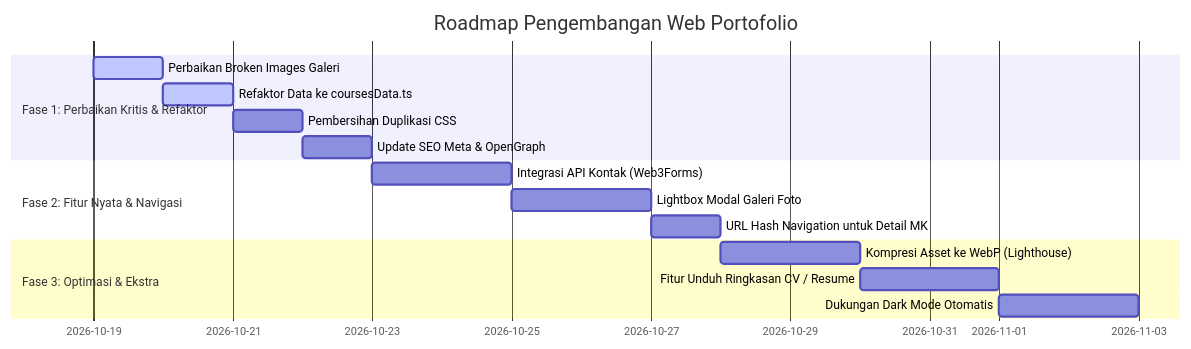
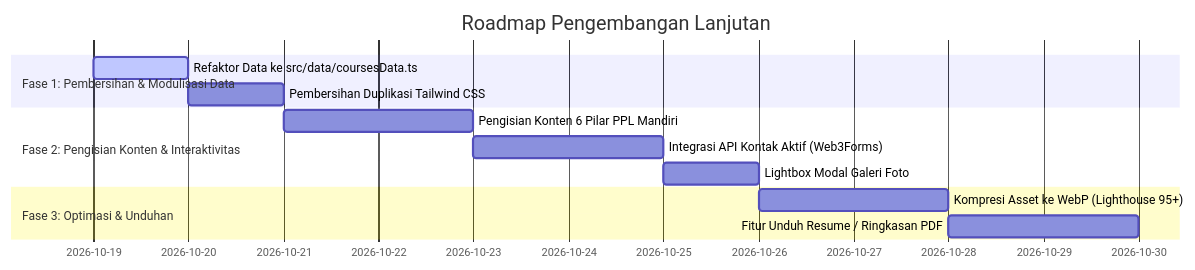
One commit to arbaurnika/portfolioppg changed the third of 3 diagrams in PRD.md. Above: the diagram before and after it, drawn with Mermaid. The commit also changed other lines of this file and 3 other files, not shown here.

````diff
--- a/PRD.md
+++ b/PRD.md
@@ -242,18 +199,15 @@
 ```mermaid
 gantt
-    title Roadmap Pengembangan Web Portofolio
+    title Roadmap Pengembangan Lanjutan
     dateFormat  YYYY-MM-DD
-    section Fase 1: Perbaikan Kritis & Refaktor
-    Perbaikan Broken Images Galeri      :active, p1_1, 2026-10-19, 1d
-    Refaktor Data ke coursesData.ts     :active, p1_2, after p1_1, 1d
-    Pembersihan Duplikasi CSS           :p1_3, after p1_2, 1d
-    Update SEO Meta & OpenGraph         :p1_4, after p1_3, 1d
-    section Fase 2: Fitur Nyata & Navigasi
-    Integrasi API Kontak (Web3Forms)    :p2_1, after p1_4, 2d
-    Lightbox Modal Galeri Foto          :p2_2, after p2_1, 2d
-    URL Hash Navigation untuk Detail MK :p2_3, after p2_2, 1d
-    section Fase 3: Optimasi & Ekstra
-    Kompresi Asset ke WebP (Lighthouse) :p3_1, after p2_3, 2d
-    Fitur Unduh Ringkasan CV / Resume   :p3_2, after p3_1, 2d
-    Dukungan Dark Mode Otomatis         :p3_3, after p3_2, 2d
+    section Fase 1: Pembersihan & Modulisasi Data
+    Refaktor Data ke src/data/coursesData.ts :active, p1_1, 2026-10-19, 1d
+    Pembersihan Duplikasi Tailwind CSS       :p1_2, after p1_1, 1d
+    section Fase 2: Pengisian Konten & Interaktivitas
+    Pengisian Konten 6 Pilar PPL Mandiri     :p2_1, after p1_2, 2d
+    Integrasi API Kontak Aktif (Web3Forms)   :p2_2, after p2_1, 2d
+    Lightbox Modal Galeri Foto               :p2_3, after p2_2, 1d
+    section Fase 3: Optimasi & Unduhan
+    Kompresi Asset ke WebP (Lighthouse 95+)  :p3_1, after p2_3, 2d
+    Fitur Unduh Resume / Ringkasan PDF       :p3_2, after p3_1, 2d
 ```
````
